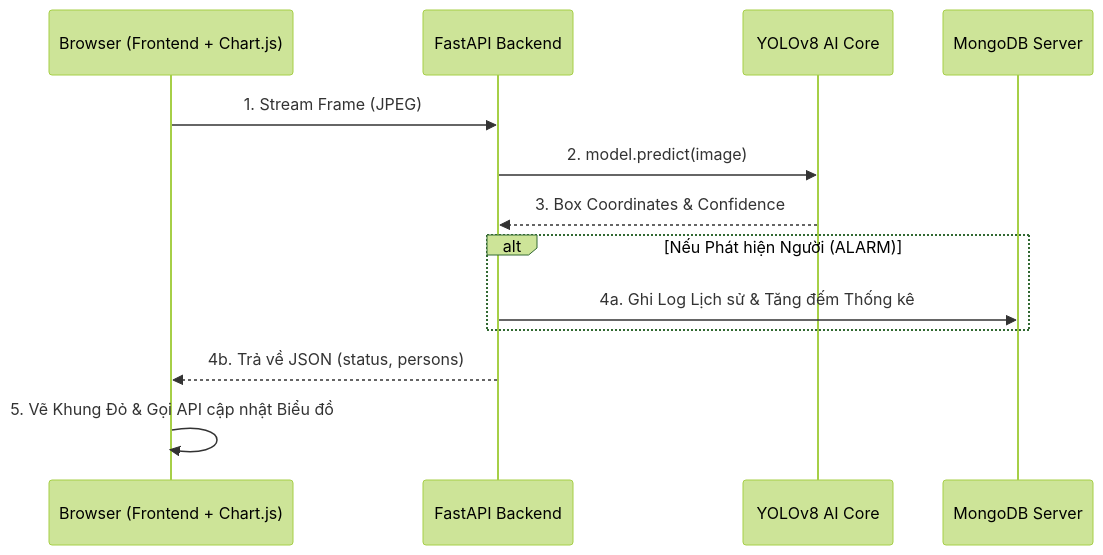
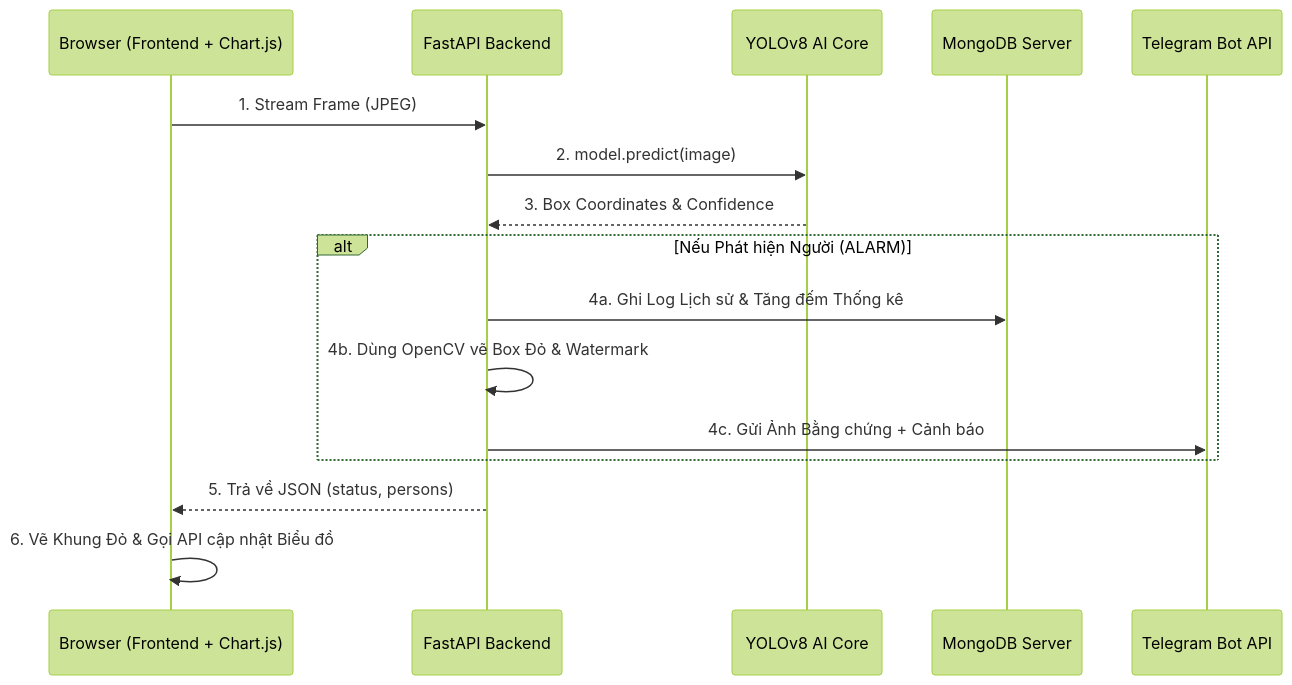
The diagram in README.md (anhtt-23810310166/human-detection), drawn with Mermaid (forest theme) before and after one commit. The commit also changed other lines of this file, not shown here.

Commit message:
Docs: Update README with Telegram Notification feature

````diff
--- a/README.md
+++ b/README.md
@@ -25,18 +26,21 @@
 ```mermaid
 sequenceDiagram
     participant UI as Browser (Frontend + Chart.js)
     participant API as FastAPI Backend
     participant YOLO as YOLOv8 AI Core
     participant DB as MongoDB Server
+    participant Tele as Telegram Bot API
 
     UI->>API: 1. Stream Frame (JPEG)
     API->>YOLO: 2. model.predict(image)
     YOLO-->>API: 3. Box Coordinates & Confidence
     
     alt Nếu Phát hiện Người (ALARM)
         API->>DB: 4a. Ghi Log Lịch sử & Tăng đếm Thống kê
+        API->>API: 4b. Dùng OpenCV vẽ Box Đỏ & Watermark
+        API->>Tele: 4c. Gửi Ảnh Bằng chứng + Cảnh báo
     end
     
-    API-->>UI: 4b. Trả về JSON (status, persons)
-    UI->>UI: 5. Vẽ Khung Đỏ & Gọi API cập nhật Biểu đồ
+    API-->>UI: 5. Trả về JSON (status, persons)
+    UI->>UI: 6. Vẽ Khung Đỏ & Gọi API cập nhật Biểu đồ
 ```
````
